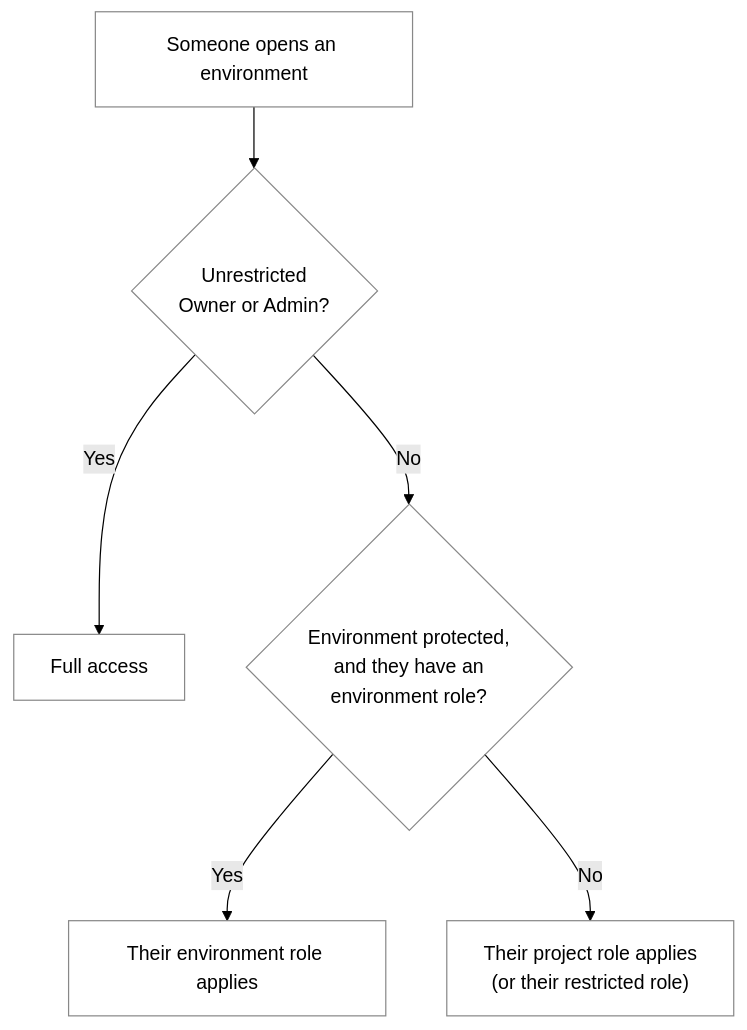
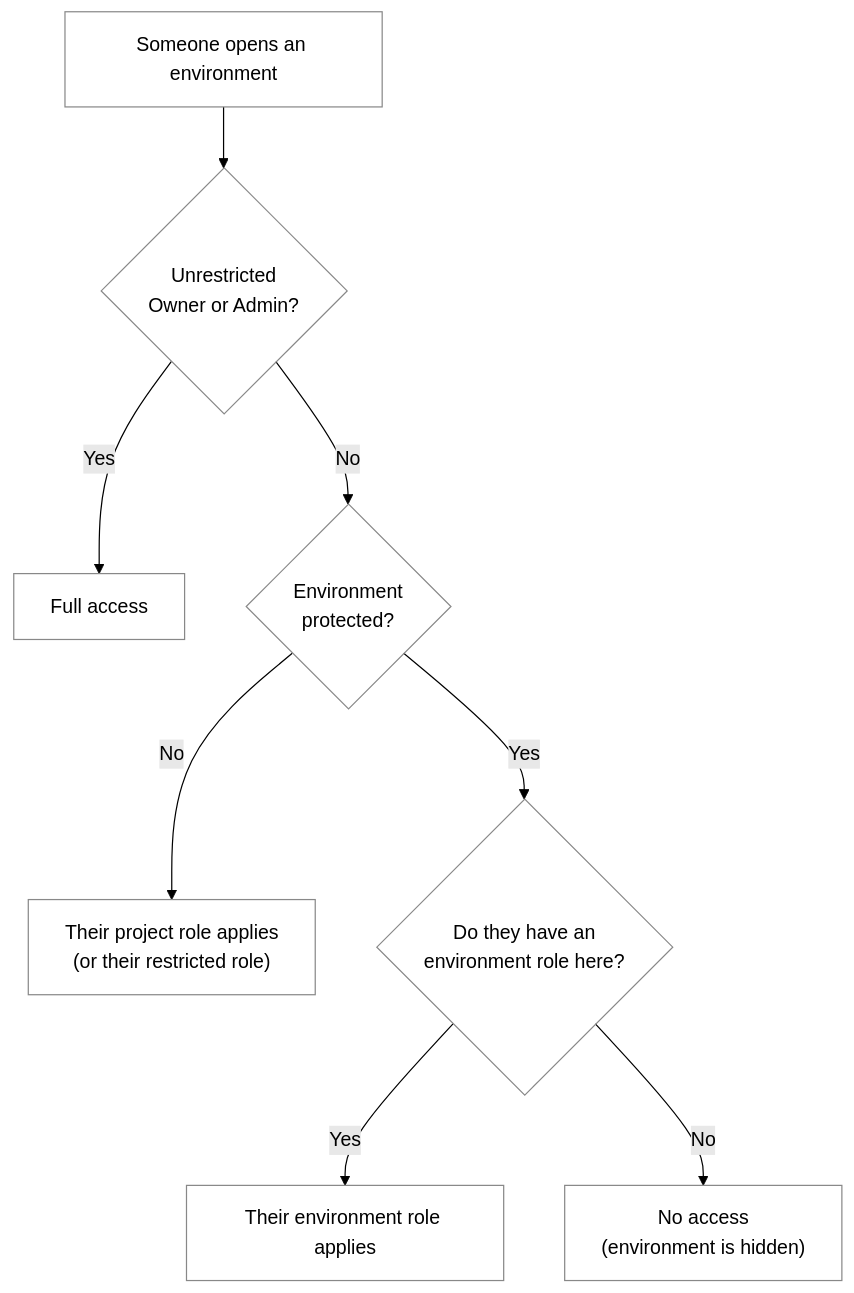
The second of 2 diagrams in team/understanding-roles.mdx (localopsco/developer-docs), drawn with Mermaid (forest theme) before and after one commit. The commit also changed other lines of this file, not shown here.

````diff
--- a/team/understanding-roles.mdx
+++ b/team/understanding-roles.mdx
@@ -161,9 +162,11 @@
 ```mermaid actions={false}
 flowchart TB
   start["Someone opens an environment"] --> oa{"Unrestricted<br/>Owner or Admin?"}
   oa -- "Yes" --> full["Full access"]
-  oa -- "No" --> prot{"Environment protected,<br/>and they have an<br/>environment role?"}
-  prot -- "Yes" --> envr["Their environment role applies"]
+  oa -- "No" --> prot{"Environment<br/>protected?"}
   prot -- "No" --> projr["Their project role applies<br/>(or their restricted role)"]
+  prot -- "Yes" --> role{"Do they have an<br/>environment role here?"}
+  role -- "Yes" --> envr["Their environment role applies"]
+  role -- "No" --> none["No access<br/>(environment is hidden)"]
   classDef default fill:transparent,stroke:#888,stroke-width:1px
 ```
````
